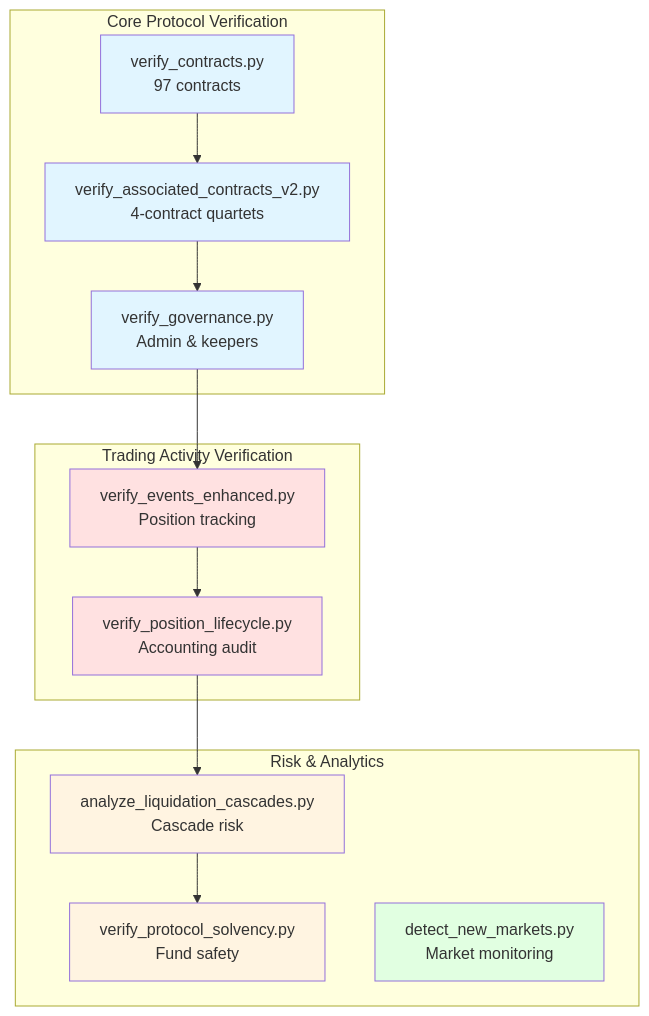
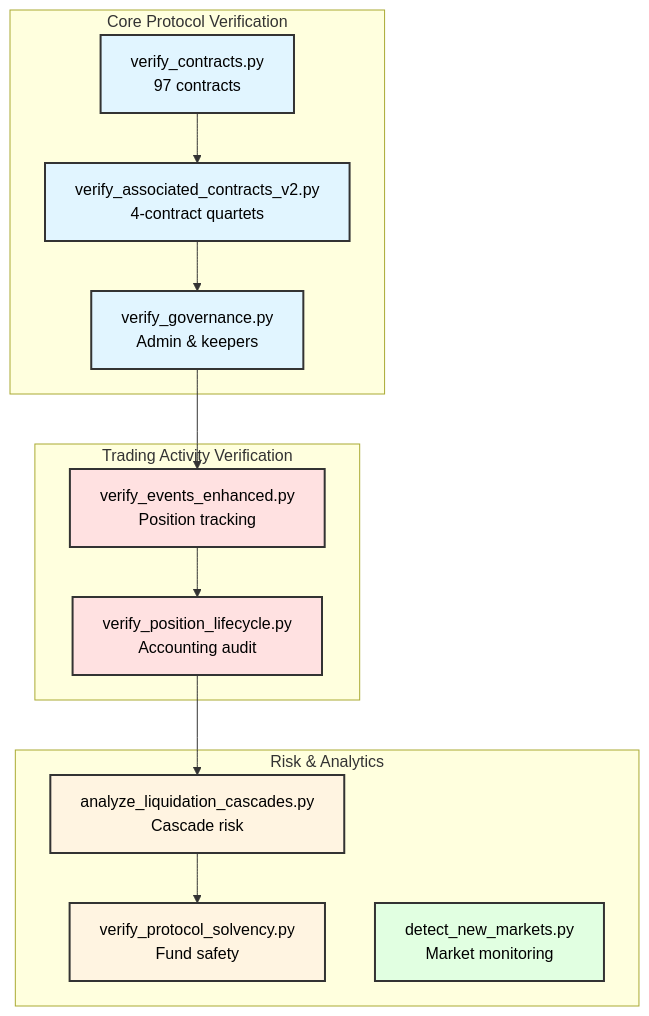
The first of 2 diagrams in VERIFICATION_GUIDE.md (avasnap/tradestaprotocol), drawn with Mermaid before and after one commit. The commit also changed other lines of this file, not shown here.

Commit message:
Add dark text to diagrams in VERIFICATION_GUIDE.md
- Fixed verification flow diagram (8 script boxes)
- Fixed knowledge demonstration diagram (Complete Understanding)
- Added dark text, borders, and consistent styling
- Improves readability with better contrast

````diff
--- a/VERIFICATION_GUIDE.md
+++ b/VERIFICATION_GUIDE.md
@@ -11,35 +11,35 @@
 ```mermaid
 graph TB
     subgraph "Core Protocol Verification"
         C1[verify_contracts.py<br/>97 contracts]
         C2[verify_associated_contracts_v2.py<br/>4-contract quartets]
         C3[verify_governance.py<br/>Admin & keepers]
     end
 
     subgraph "Trading Activity Verification"
         T1[verify_events_enhanced.py<br/>Position tracking]
         T2[verify_position_lifecycle.py<br/>Accounting audit]
     end
 
     subgraph "Risk & Analytics"
         R1[analyze_liquidation_cascades.py<br/>Cascade risk]
         R2[verify_protocol_solvency.py<br/>Fund safety]
         R3[detect_new_markets.py<br/>Market monitoring]
     end
 
     C1 --> C2
     C2 --> C3
     C3 --> T1
     T1 --> T2
     T2 --> R1
     R1 --> R2
 
-    style C1 fill:#e1f5ff
-    style C2 fill:#e1f5ff
-    style C3 fill:#e1f5ff
-    style T1 fill:#ffe1e1
-    style T2 fill:#ffe1e1
-    style R1 fill:#fff4e1
-    style R2 fill:#fff4e1
-    style R3 fill:#e1ffe1
+    style C1 fill:#e1f5ff,stroke:#333,stroke-width:2px,color:#000
+    style C2 fill:#e1f5ff,stroke:#333,stroke-width:2px,color:#000
+    style C3 fill:#e1f5ff,stroke:#333,stroke-width:2px,color:#000
+    style T1 fill:#ffe1e1,stroke:#333,stroke-width:2px,color:#000
+    style T2 fill:#ffe1e1,stroke:#333,stroke-width:2px,color:#000
+    style R1 fill:#fff4e1,stroke:#333,stroke-width:2px,color:#000
+    style R2 fill:#fff4e1,stroke:#333,stroke-width:2px,color:#000
+    style R3 fill:#e1ffe1,stroke:#333,stroke-width:2px,color:#000
 ```
````
